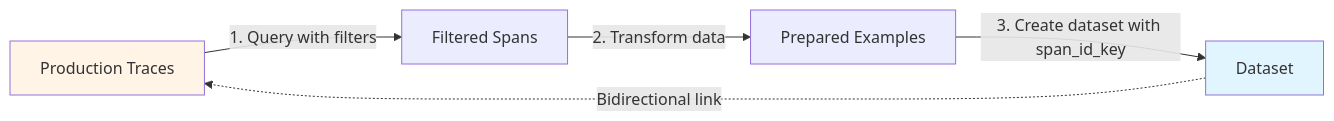
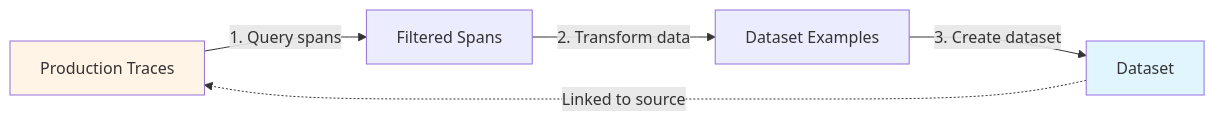
The diagram in docs/phoenix/release-notes/01-2026/01-21-2026-create-datasets-from-traces.mdx (Arize-ai/phoenix), drawn with Mermaid before and after one commit. The commit also changed other lines of this file, not shown here.

````diff
--- a/docs/phoenix/release-notes/01-2026/01-21-2026-create-datasets-from-traces.mdx
+++ b/docs/phoenix/release-notes/01-2026/01-21-2026-create-datasets-from-traces.mdx
@@ -80,10 +20,10 @@
 ```mermaid
 flowchart LR
-    A[Production Traces] -->|1. Query with filters| B[Filtered Spans]
-    B -->|2. Transform data| C[Prepared Examples]
-    C -->|3. Create dataset with span_id_key| D[Dataset]
-    D -.->|Bidirectional link| A
+    A[Production Traces] -->|1. Query spans| B[Filtered Spans]
+    B -->|2. Transform data| C[Dataset Examples]
+    C -->|3. Create dataset| D[Dataset]
+    D -.->|Linked to source| A
 
     style D fill:#e1f5ff
     style A fill:#fff4e6
 ```
````
